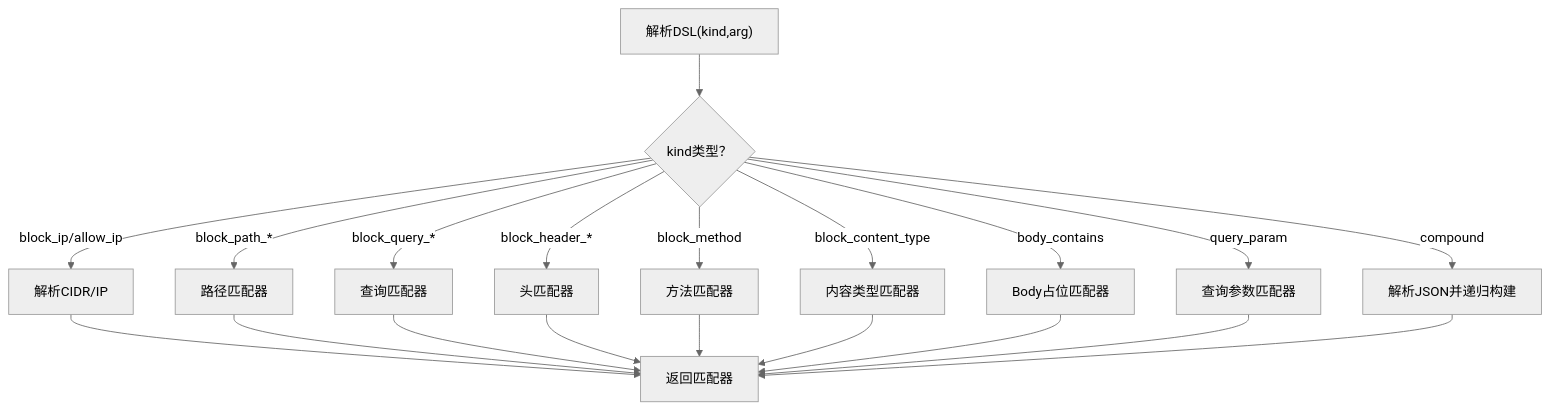
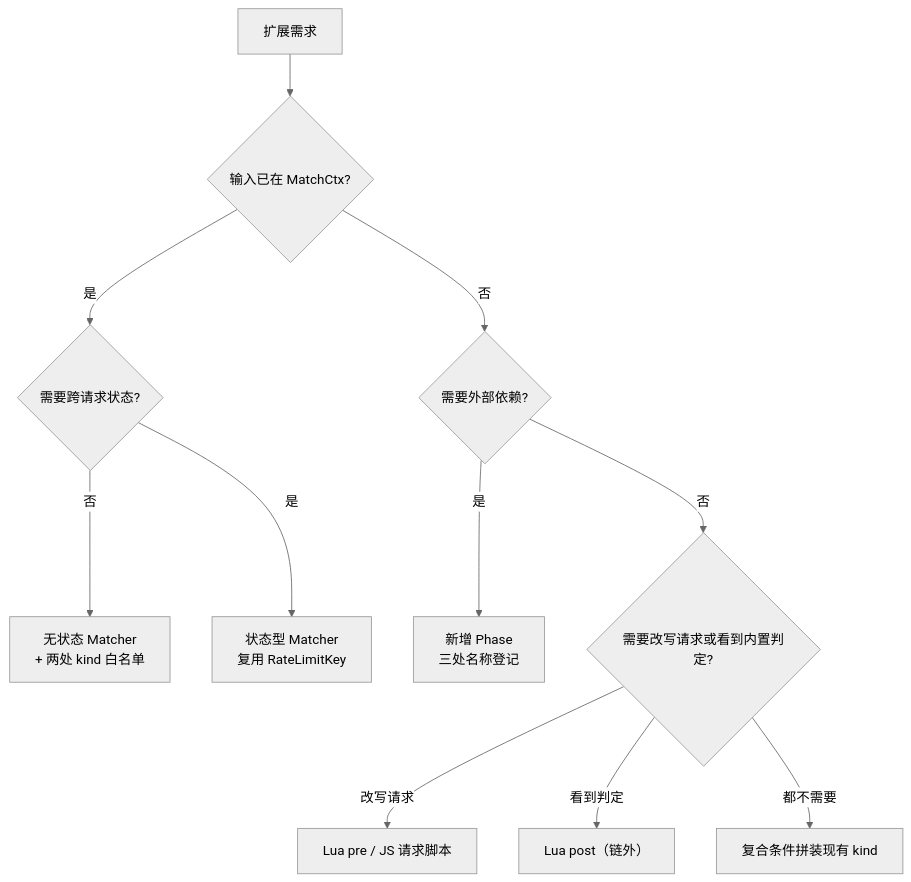
The fourth of 5 diagrams in docs/扩展与插件系统/规则引擎扩展/规则引擎扩展.md (x01n/My-OpenWaf), drawn with Mermaid (neutral theme) before and after one commit. The commit also changed other lines of this file and 622 other files, not shown here.

````diff
--- a/docs/扩展与插件系统/规则引擎扩展/规则引擎扩展.md
+++ b/docs/扩展与插件系统/规则引擎扩展/规则引擎扩展.md
@@ -320,22 +469,13 @@
 ```mermaid
 flowchart TD
-A["解析DSL(kind,arg)"] --> B{"kind类型？"}
-B --> |block_ip/allow_ip| C["解析CIDR/IP"]
-B --> |block_path_*| D["路径匹配器"]
-B --> |block_query_*| E["查询匹配器"]
-B --> |block_header_*| F["头匹配器"]
-B --> |block_method| G["方法匹配器"]
-B --> |block_content_type| H["内容类型匹配器"]
-B --> |body_contains| I["Body占位匹配器"]
-B --> |query_param| J["查询参数匹配器"]
-B --> |compound| K["解析JSON并递归构建"]
-C --> L["返回匹配器"]
-D --> L
-E --> L
-F --> L
-G --> L
-H --> L
-I --> L
-J --> L
-K --> L
+A["扩展需求"] --> B{"输入已在 MatchCtx?"}
+B --> |是| C{"需要跨请求状态?"}
+B --> |否| D{"需要外部依赖?"}
+C --> |否| C1["无状态 Matcher<br/>+ 两处 kind 白名单"]
+C --> |是| C2["状态型 Matcher<br/>复用 RateLimitKey"]
+D --> |是| D1["新增 Phase<br/>三处名称登记"]
+D --> |否| E{"需要改写请求或看到内置判定?"}
+E --> |改写请求| E1["Lua pre / JS 请求脚本"]
+E --> |看到判定| E2["Lua post（链外）"]
+E --> |都不需要| F["复合条件拼装现有 kind"]
 ```
````
